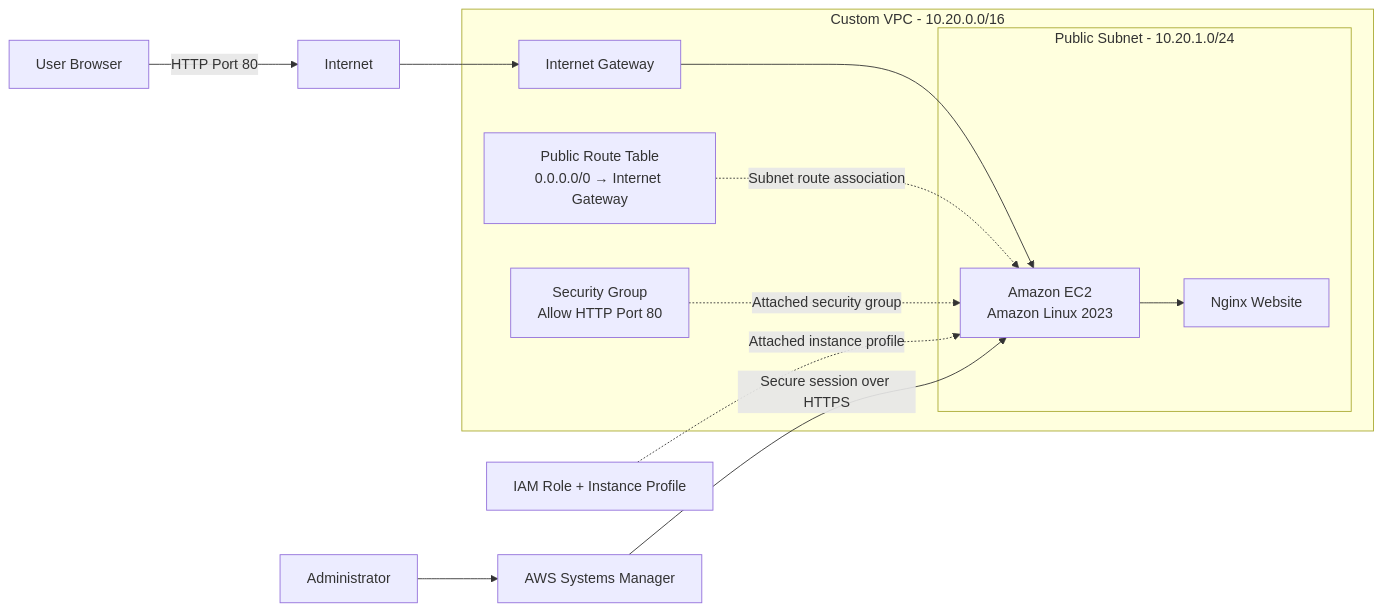
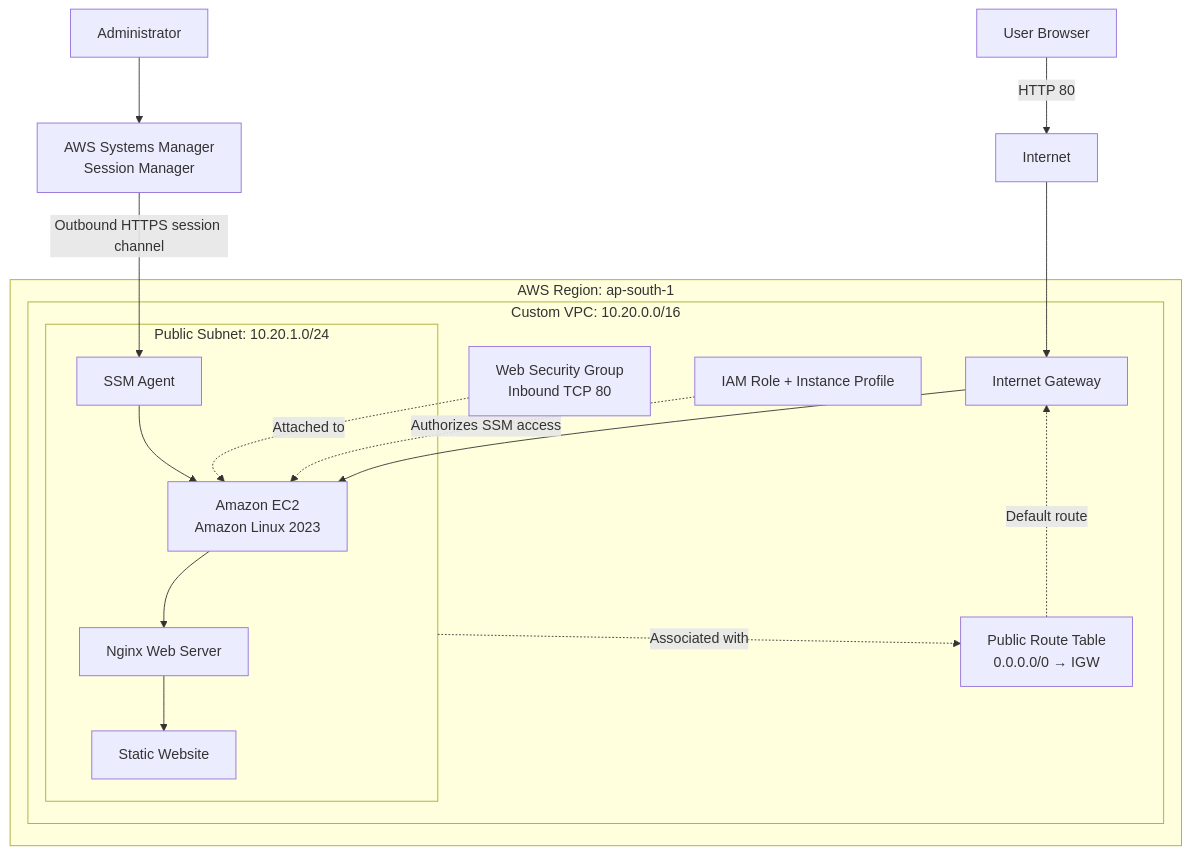
The second of 3 diagrams in README.md (NITHISHKUMAR-IT/aws-cloudformation-iac), drawn with Mermaid before and after one commit. The commit also changed other lines of this file, not shown here.

````diff
--- a/README.md
+++ b/README.md
@@ -37,33 +214,40 @@
 ```mermaid
-flowchart LR
+flowchart TB
     User["User Browser"]
     Admin["Administrator"]
     Internet["Internet"]
-    SSM["AWS Systems Manager"]
+    SSM["AWS Systems Manager<br/>Session Manager"]
 
-    subgraph VPC["Custom VPC - 10.20.0.0/16"]
-        IGW["Internet Gateway"]
-        RT["Public Route Table<br/>0.0.0.0/0 → Internet Gateway"]
-        SG["Security Group<br/>Allow HTTP Port 80"]
+    subgraph AWS["AWS Region: ap-south-1"]
+        subgraph VPC["Custom VPC: 10.20.0.0/16"]
+            IGW["Internet Gateway"]
+            RT["Public Route Table<br/>0.0.0.0/0 → IGW"]
+            SG["Web Security Group<br/>Inbound TCP 80"]
 
-        subgraph PublicSubnet["Public Subnet - 10.20.1.0/24"]
-            EC2["Amazon EC2<br/>Amazon Linux 2023"]
-            Nginx["Nginx Website"]
+            subgraph Subnet["Public Subnet: 10.20.1.0/24"]
+                EC2["Amazon EC2<br/>Amazon Linux 2023"]
+                Agent["SSM Agent"]
+                Nginx["Nginx Web Server"]
+                Website["Static Website"]
+            end
+
+            IAM["IAM Role + Instance Profile"]
         end
     end
 
-    IAM["IAM Role + Instance Profile"]
-
-    User -->|"HTTP Port 80"| Internet
+    User -->|"HTTP 80"| Internet
     Internet --> IGW
     IGW --> EC2
 
-    RT -.->|"Subnet route association"| EC2
-    SG -.->|"Attached security group"| EC2
-    IAM -.->|"Attached instance profile"| EC2
+    Subnet -.->|"Associated with"| RT
+    RT -.->|"Default route"| IGW
+    SG -.->|"Attached to"| EC2
 
     EC2 --> Nginx
+    Nginx --> Website
 
     Admin --> SSM
-    SSM -->|"Secure session over HTTPS"| EC2
+    SSM -->|"Outbound HTTPS session channel"| Agent
+    Agent --> EC2
+    IAM -.->|"Authorizes SSM access"| EC2
 ```
````
